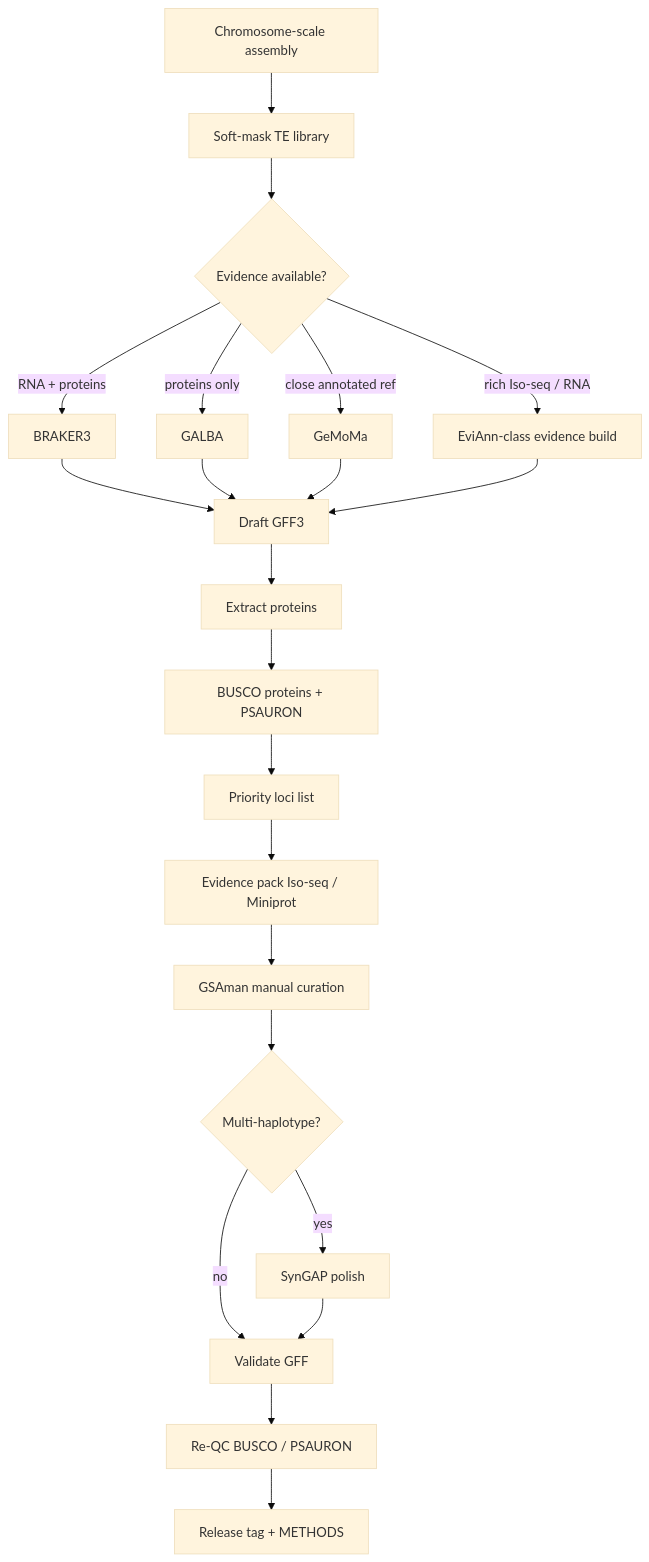
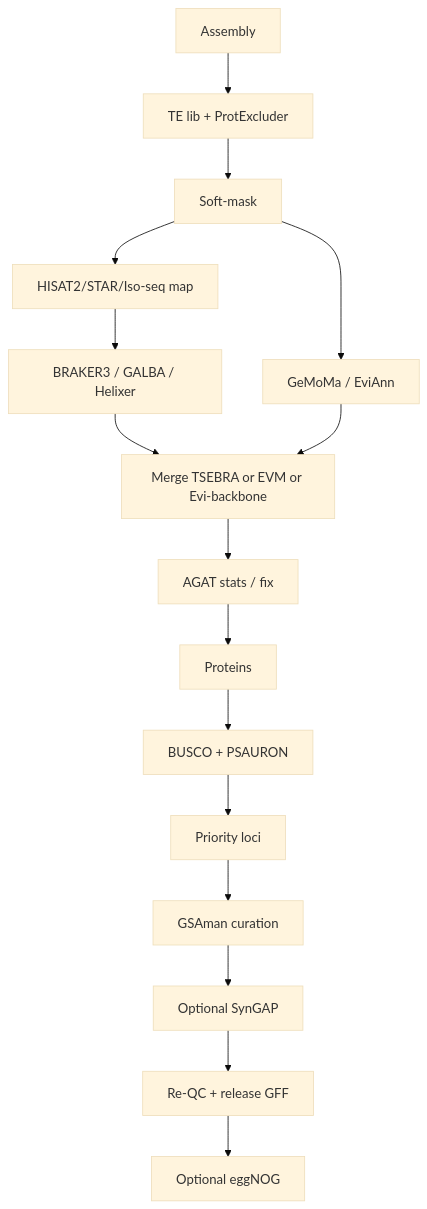
The diagram in docs/FULL_PIPELINE.md (Xuzhen-Li/vitis-gene-annotation), drawn with Mermaid (base theme) before and after one commit. The commit also changed other lines of this file and 11 other files, not shown here.

First line of the commit message:
Thicken annotation flow from plant peer pipelines

````diff
--- a/docs/FULL_PIPELINE.md
+++ b/docs/FULL_PIPELINE.md
@@ -8,24 +7,18 @@
 ```mermaid
 flowchart TD
-  A[Chromosome-scale assembly] --> B[Soft-mask TE library]
-  B --> C{Evidence available?}
-  C -->|RNA + proteins| D[BRAKER3]
-  C -->|proteins only| E[GALBA]
-  C -->|close annotated ref| F[GeMoMa]
-  C -->|rich Iso-seq / RNA| G[EviAnn-class evidence build]
-  D --> H[Draft GFF3]
-  E --> H
-  F --> H
-  G --> H
-  H --> I[Extract proteins]
-  I --> J[BUSCO proteins + PSAURON]
-  J --> K[Priority loci list]
-  K --> L[Evidence pack Iso-seq / Miniprot]
-  L --> M[GSAman manual curation]
-  M --> N{Multi-haplotype?}
-  N -->|yes| O[SynGAP polish]
-  N -->|no| P[Validate GFF]
-  O --> P
-  P --> Q[Re-QC BUSCO / PSAURON]
-  Q --> R[Release tag + METHODS]
+  A[Assembly] --> B[TE lib + ProtExcluder]
+  B --> C[Soft-mask]
+  C --> D[HISAT2/STAR/Iso-seq map]
+  D --> E1[BRAKER3 / GALBA / Helixer]
+  C --> E2[GeMoMa / EviAnn]
+  E1 --> F[Merge TSEBRA or EVM or Evi-backbone]
+  E2 --> F
+  F --> G[AGAT stats / fix]
+  G --> H[Proteins]
+  H --> I[BUSCO + PSAURON]
+  I --> J[Priority loci]
+  J --> K[GSAman curation]
+  K --> L[Optional SynGAP]
+  L --> M[Re-QC + release GFF]
+  M --> N[Optional eggNOG]
 ```
````
